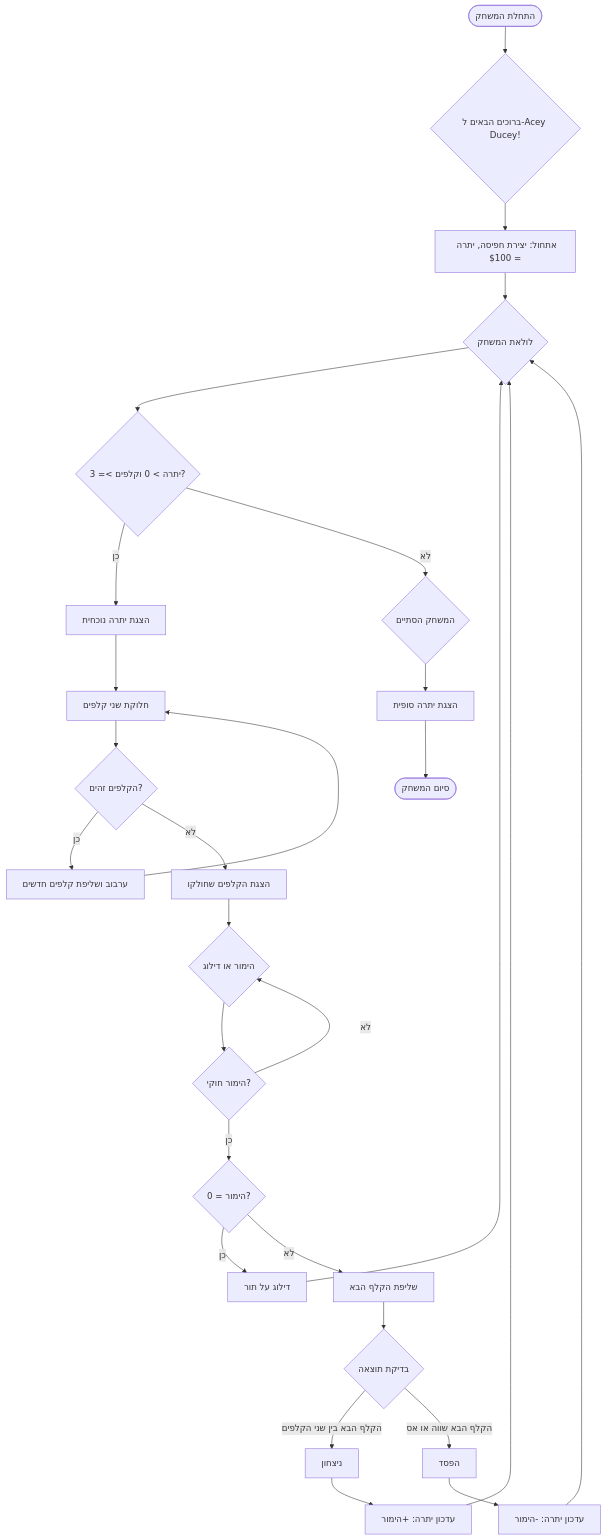
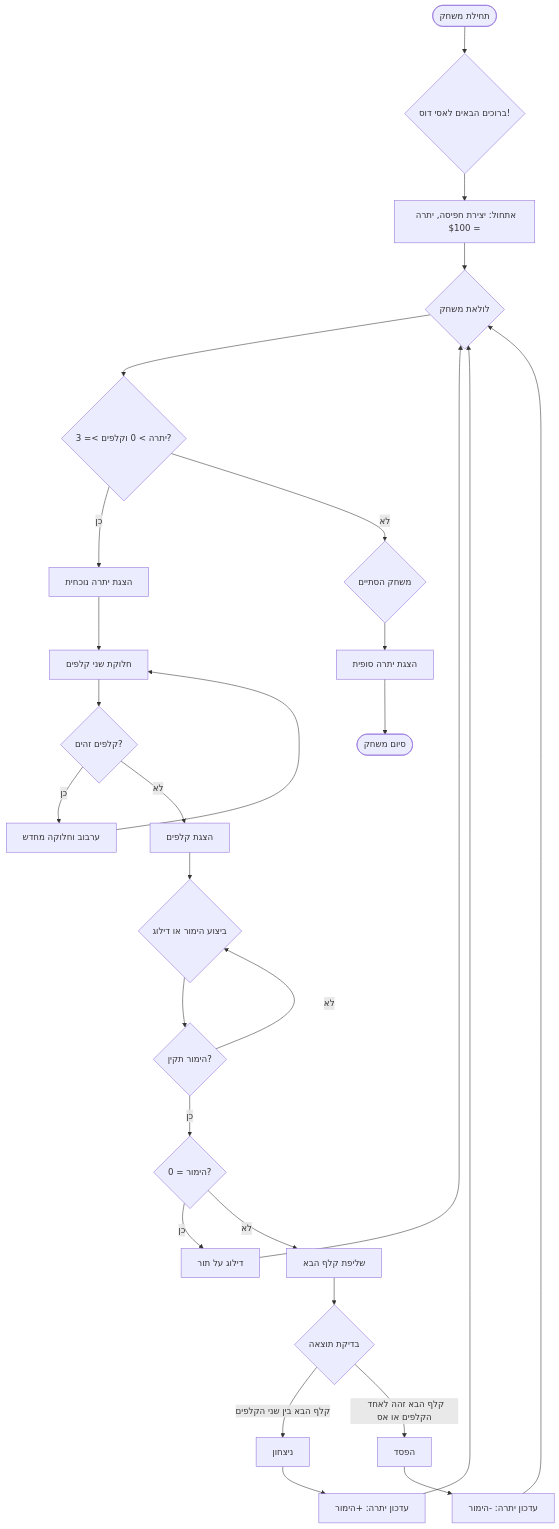
One commit to hypo69/hypo changed the diagram in docs/gemini/he/explainer/src/endpoints/ai_games/101_basic_computer_games/ru/GAMES/ACEDU/acedu.mmd.md. Above: the diagram before and after it, drawn with Mermaid. The commit also changed other lines of this file and 885 other files, not shown here.

````diff
--- a/docs/gemini/he/explainer/src/endpoints/ai_games/101_basic_computer_games/ru/GAMES/ACEDU/acedu.mmd.md
+++ b/docs/gemini/he/explainer/src/endpoints/ai_games/101_basic_computer_games/ru/GAMES/ACEDU/acedu.mmd.md
@@ -48,34 +94,35 @@
 ```mermaid
 flowchart TD
-    Start([התחלת המשחק]) --> Welcome{ברוכים הבאים ל-Acey Ducey!}
+    Start([תחילת משחק]) --> Welcome{ברוכים הבאים לאסי דוס!}
     Welcome --> Initialize[אתחול: יצירת חפיסה, יתרה = $100]
-    Initialize --> GameLoop{לולאת המשחק}
+    Initialize --> GameLoop{לולאת משחק}
 
     GameLoop --> CheckBalance{יתרה > 0 וקלפים >= 3?}
     CheckBalance -- כן --> DisplayBalance[הצגת יתרה נוכחית]
     DisplayBalance --> DealCards[חלוקת שני קלפים]
-    DealCards --> CheckSameCards{הקלפים זהים?}
-    CheckSameCards -- כן --> RedrawCards[ערבוב ושליפת קלפים חדשים]
+    DealCards --> CheckSameCards{קלפים זהים?}
+    CheckSameCards -- כן --> RedrawCards[ערבוב וחלוקה מחדש]
     RedrawCards --> DealCards
-    CheckSameCards -- לא --> DisplayCards[הצגת הקלפים שחולקו]
-    DisplayCards --> MakeBet{הימור או דילוג}
-    MakeBet --> ValidateBet{הימור חוקי?}
+    CheckSameCards -- לא --> DisplayCards[הצגת קלפים]
+    DisplayCards --> MakeBet{ביצוע הימור או דילוג}
+    MakeBet --> ValidateBet{הימור תקין?}
     ValidateBet -- לא --> MakeBet
     ValidateBet -- כן --> CheckPass{הימור = 0?}
     CheckPass -- כן --> SkipTurn[דילוג על תור]
     SkipTurn --> GameLoop
-    CheckPass -- לא --> DrawNextCard[שליפת הקלף הבא]
+    CheckPass -- לא --> DrawNextCard[שליפת קלף הבא]
     DrawNextCard --> CheckResult{בדיקת תוצאה}
 
-    CheckResult -- הקלף הבא בין שני הקלפים --> Win[ניצחון]
-    CheckResult -- הקלף הבא שווה או אס --> Lose[הפסד]
+    CheckResult -- קלף הבא בין שני הקלפים --> Win[ניצחון]
+    CheckResult -- קלף הבא זהה לאחד הקלפים או אס --> Lose[הפסד]
     Win --> UpdateBalanceWin[עדכון יתרה: +הימור]
     Lose --> UpdateBalanceLose[עדכון יתרה: -הימור]
 
     UpdateBalanceWin --> GameLoop
     UpdateBalanceLose --> GameLoop
 
-    CheckBalance -- לא --> EndGame{המשחק הסתיים}
+    CheckBalance -- לא --> EndGame{משחק הסתיים}
     EndGame --> DisplayFinalBalance[הצגת יתרה סופית]
-    DisplayFinalBalance --> Finish([סיום המשחק])
+    DisplayFinalBalance --> Finish([סיום משחק])
+
 ```
````
